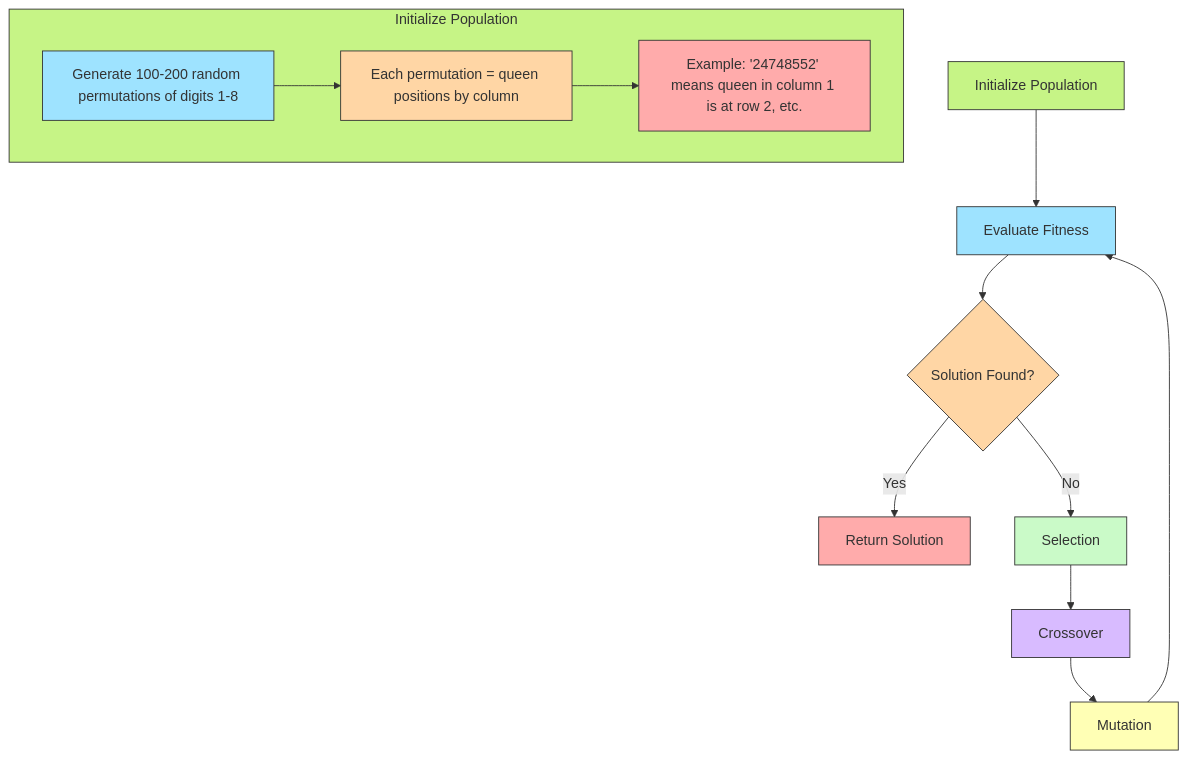
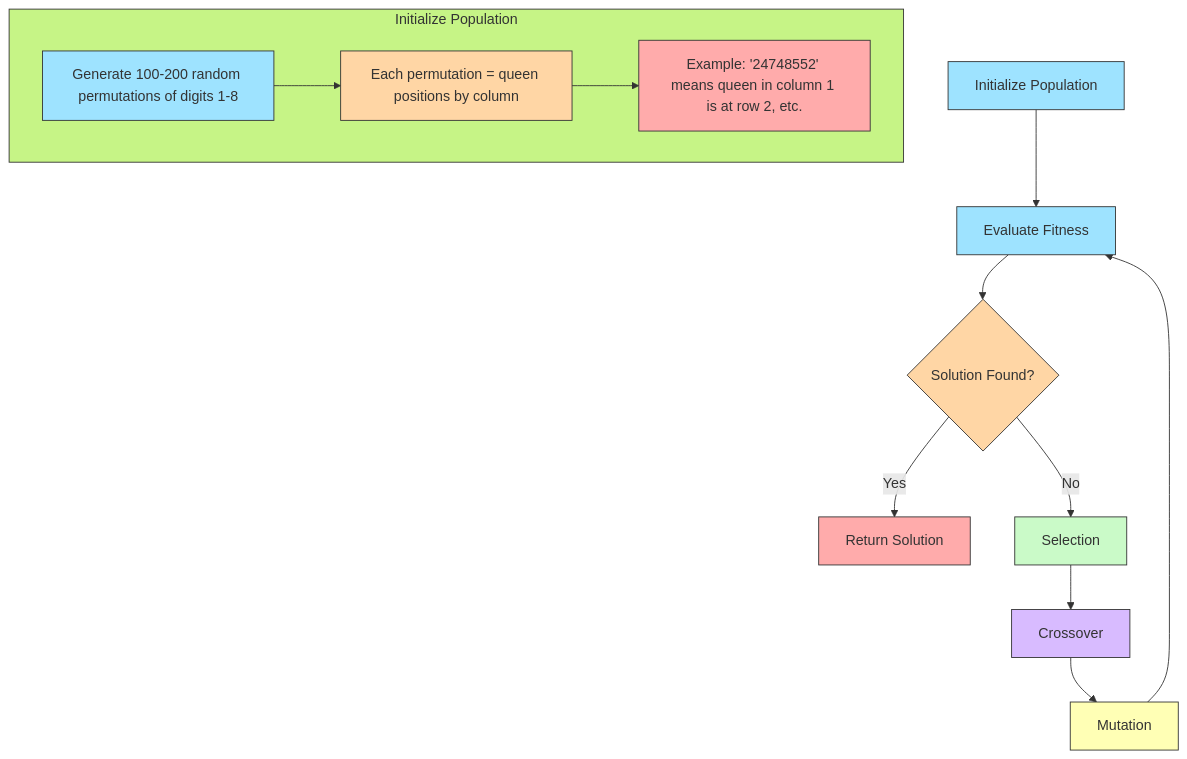
Before and after one commit to Chaklader/adversarial-search: the second of 13 diagrams in C_2.md, drawn with Mermaid.

````diff
--- a/C_2.md
+++ b/C_2.md
@@ -919,35 +919,35 @@
 ```mermaid
 flowchart TD
 
     A["Initialize Population"] --> B["Evaluate Fitness"]
     B --> C{"Solution Found?"}
     C -->|Yes| D["Return Solution"]
     C -->|No| E["Selection"]
     E --> F["Crossover"]
     F --> G["Mutation"]
     G --> B
 
     subgraph sg1 ["Initialize Population"]
         style sg1 fill:#E8FC8C,stroke:#7bb8d8
         style A1 fill:#C6F486,stroke:#333,color:#333
         style A2 fill:#C6F486,stroke:#333,color:#333
         style A3 fill:#C6F486,stroke:#333,color:#333
 
         A1["Generate 100-200 random permutations of digits 1-8"] --> A2["Each permutation = queen positions by column"]
         A2 --> A3["Example: '24748552' means queen in column 1 is at row 2, etc."]
     end
 
-style A fill:#C6F486,stroke:#333,color:#333
+style A fill:#9EE3FF,stroke:#333,color:#333
 style B fill:#9EE3FF,stroke:#333,color:#333
 style C fill:#FFD6A5,stroke:#333,color:#333
 style D fill:#FFABAB,stroke:#333,color:#333
 style E fill:#CAFAC8,stroke:#333,color:#333
 style F fill:#D8BBFF,stroke:#333,color:#333
 style G fill:#FFFFB5,stroke:#333,color:#333
 
 
 style sg1 fill:#C6F486,stroke:#333,color:#333
 style A1 fill:#9EE3FF,stroke:#333,color:#333
 style A2 fill:#FFD6A5,stroke:#333,color:#333
 style A3 fill:#FFABAB,stroke:#333,color:#333
 ```
````
